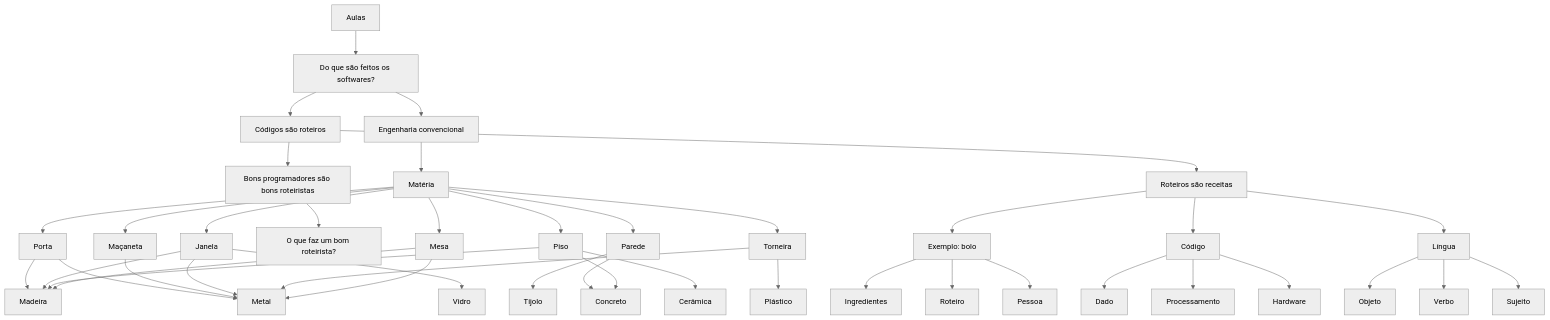
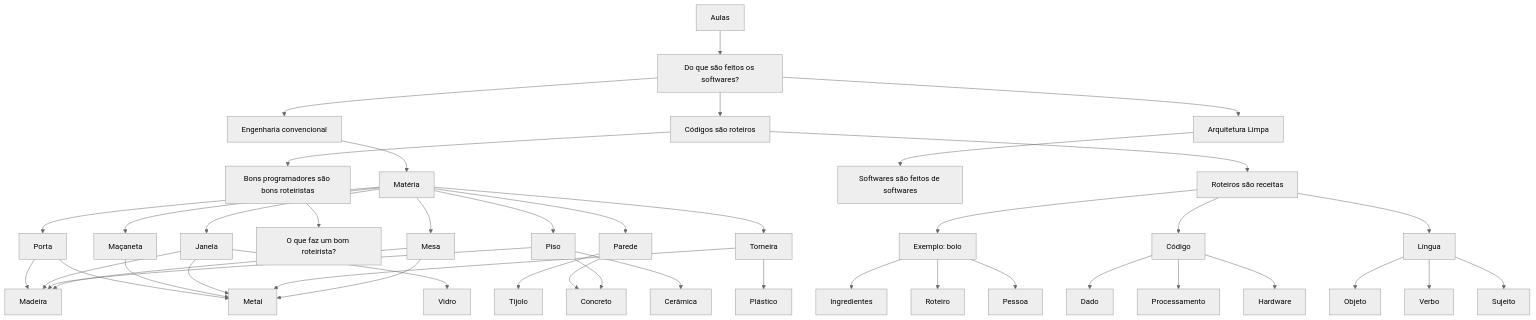
Before and after one commit to laerciogermano/workstation: the diagram in aulas/README.md, drawn with Mermaid (neutral theme). The commit also changed other lines of this file, not shown here.

Commit message:
Insere Arquitetura Limpa (Uncle Bob) entre engenharia convencional e códigos, com Softwares são feitos de softwares.

````diff
--- a/aulas/README.md
+++ b/aulas/README.md
@@ -3,78 +3,82 @@
 ```mermaid
 flowchart TD
   A[Aulas]
   B[Do que são feitos os softwares?]
   C[Códigos são roteiros]
   D[Roteiros são receitas]
   DX[Exemplo: bolo]
   D1[Ingredientes]
   D2[Roteiro]
   D3[Pessoa]
   CG[Código]
   CG1[Dado]
   CG2[Processamento]
   CG3[Hardware]
   LG[Língua]
   LG1[Objeto]
   LG2[Verbo]
   LG3[Sujeito]
   E[Bons programadores são bons roteiristas]
   F[O que faz um bom roteirista?]
   EC[Engenharia convencional]
+  AL[Arquitetura Limpa]
+  SFS[Softwares são feitos de softwares]
   M[Matéria]
   CP1[Porta]
   CP2[Maçaneta]
   CP3[Janela]
   CP4[Parede]
   CP5[Piso]
   CP6[Torneira]
   CP7[Mesa]
   M1[Madeira]
   M2[Tijolo]
   M3[Concreto]
   M4[Metal]
   M5[Vidro]
   M6[Plástico]
   M7[Cerâmica]
   A --> B
   B --> EC
+  B --> AL
   B --> C
+  AL --> SFS
   C --> D
   C --> E
   E --> F
   D --> DX
   D --> CG
   D --> LG
   DX --> D1
   DX --> D2
   DX --> D3
   CG --> CG1
   CG --> CG2
   CG --> CG3
   LG --> LG1
   LG --> LG2
   LG --> LG3
   EC --> M
   M --> CP1
   M --> CP2
   M --> CP3
   M --> CP4
   M --> CP5
   M --> CP6
   M --> CP7
   CP1 --> M1
   CP1 --> M4
   CP2 --> M4
   CP3 --> M5
   CP3 --> M1
   CP3 --> M4
   CP4 --> M2
   CP4 --> M3
   CP5 --> M1
   CP5 --> M3
   CP5 --> M7
   CP6 --> M4
   CP6 --> M6
   CP7 --> M1
   CP7 --> M4
 ```
````
